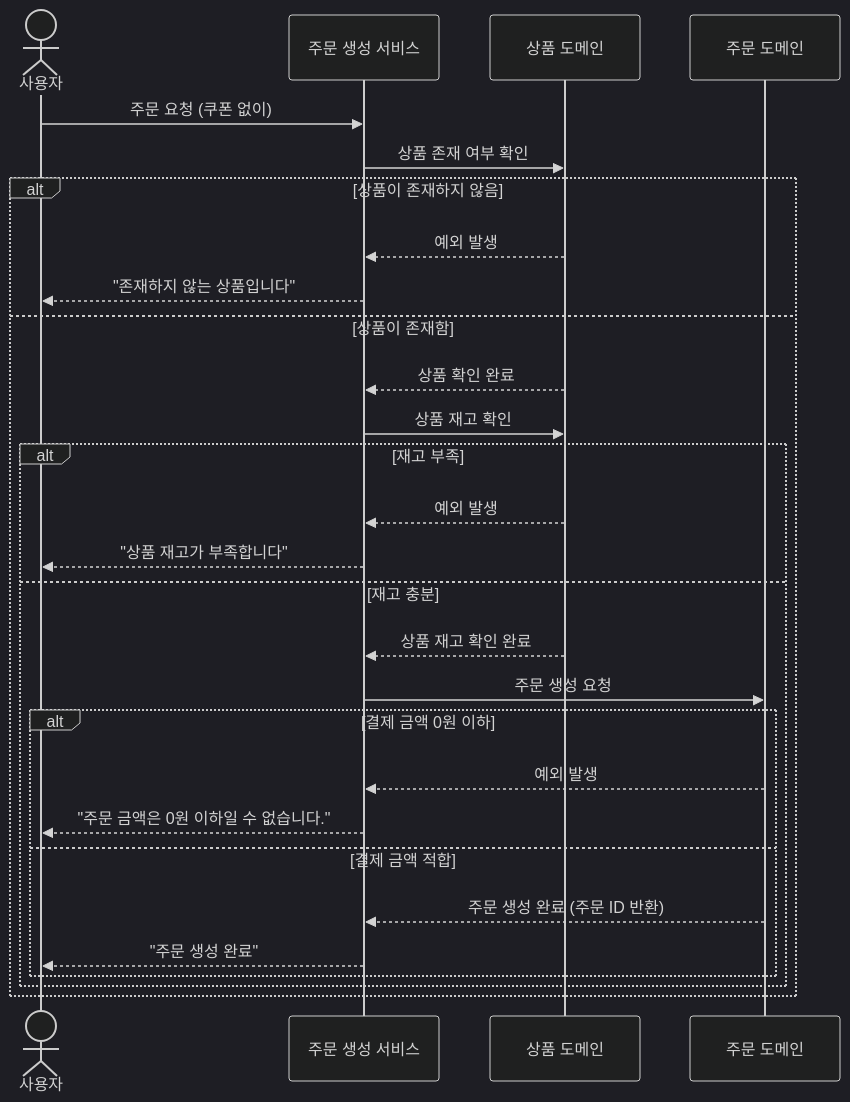
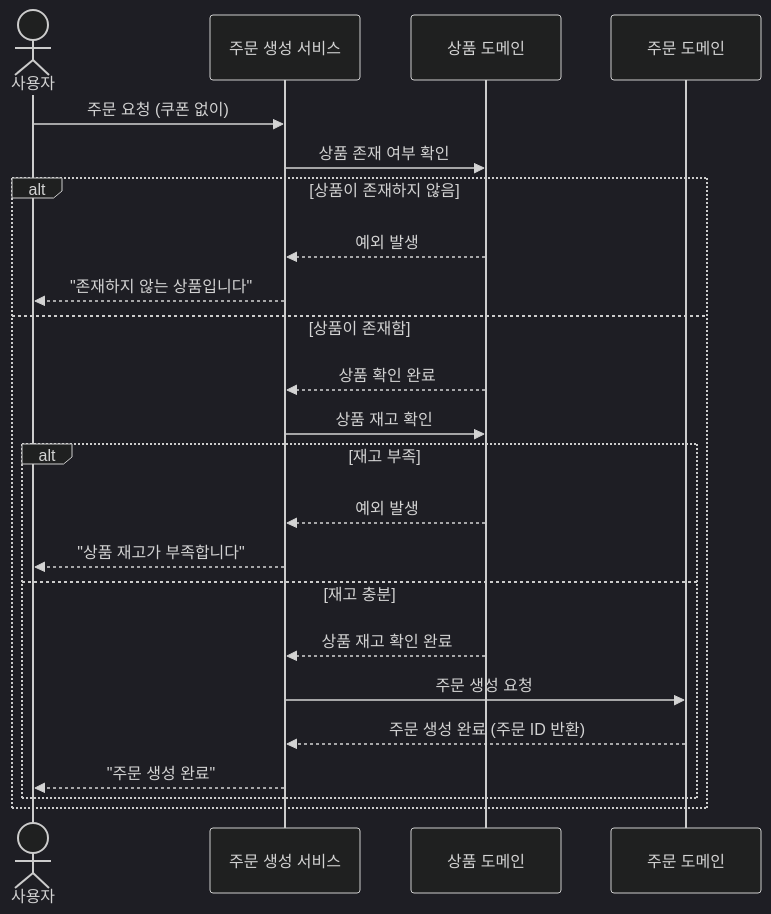
The sixth of 10 diagrams in docs/SequenceDiagram.md (zxcv9203/ecommerce), drawn with Mermaid (dark theme) before and after one commit. The commit also changed 37 other files, not shown here.

````diff
--- a/docs/SequenceDiagram.md
+++ b/docs/SequenceDiagram.md
@@ -142,32 +142,26 @@
 ```mermaid
 sequenceDiagram
     actor User as 사용자
     participant OrderAPI as 주문 생성 서비스
     participant Product as 상품 도메인
     participant Order as 주문 도메인
-
     User ->> OrderAPI: 주문 요청 (쿠폰 없이)
     OrderAPI ->> Product: 상품 존재 여부 확인
     alt 상품이 존재하지 않음
         Product -->> OrderAPI: 예외 발생
         OrderAPI -->> User: "존재하지 않는 상품입니다"
     else 상품이 존재함
         Product -->> OrderAPI: 상품 확인 완료
         OrderAPI ->> Product: 상품 재고 확인
         alt 재고 부족
             Product -->> OrderAPI: 예외 발생
             OrderAPI -->> User: "상품 재고가 부족합니다"
         else 재고 충분
             Product -->> OrderAPI: 상품 재고 확인 완료
             OrderAPI ->> Order: 주문 생성 요청
-            alt 결제 금액 0원 이하
-                Order -->> OrderAPI: 예외 발생
-                OrderAPI -->> User: "주문 금액은 0원 이하일 수 없습니다."
-            else 결제 금액 적합
-                Order -->> OrderAPI: 주문 생성 완료 (주문 ID 반환)
-                OrderAPI -->> User: "주문 생성 완료"
-            end
+            Order -->> OrderAPI: 주문 생성 완료 (주문 ID 반환)
+            OrderAPI -->> User: "주문 생성 완료"
         end
     end
 
 ```
````
